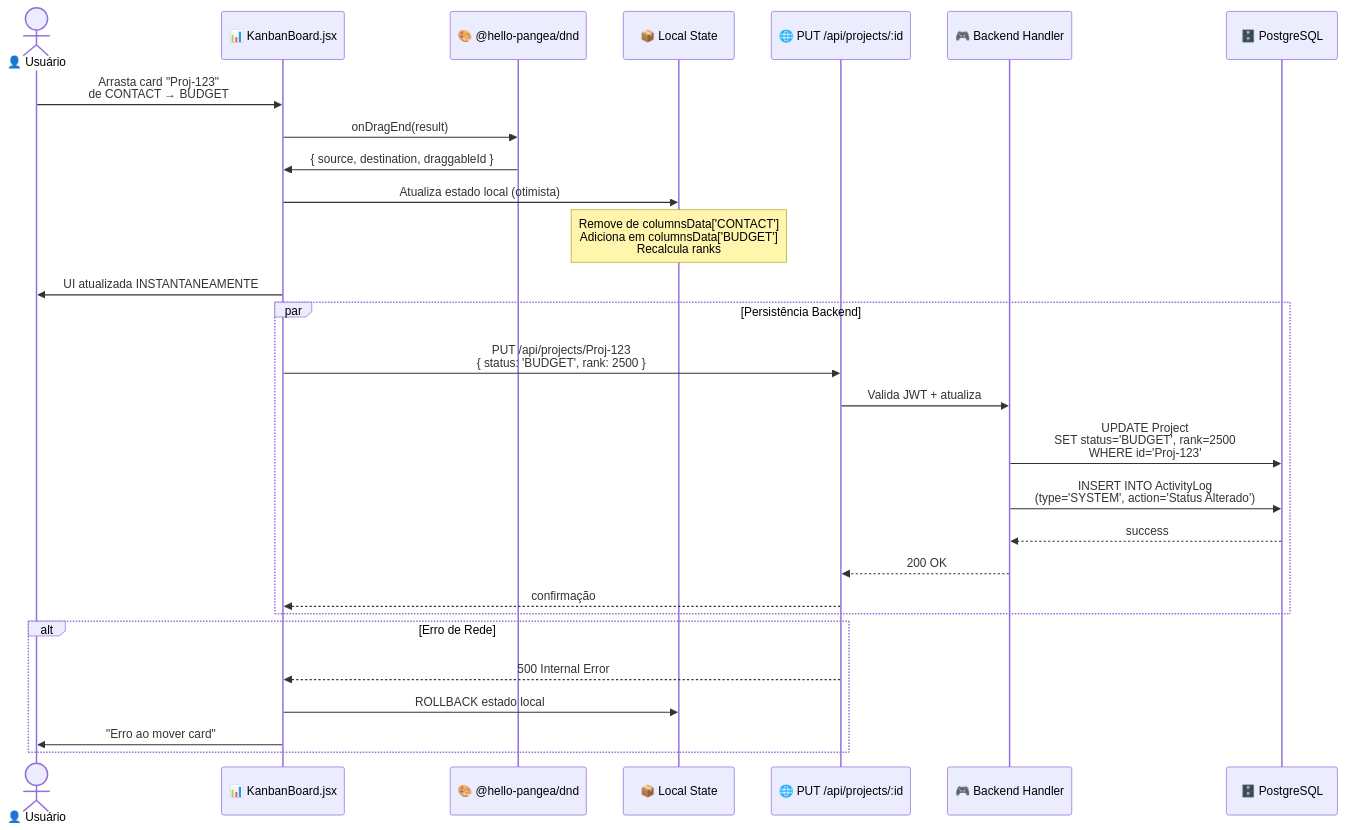
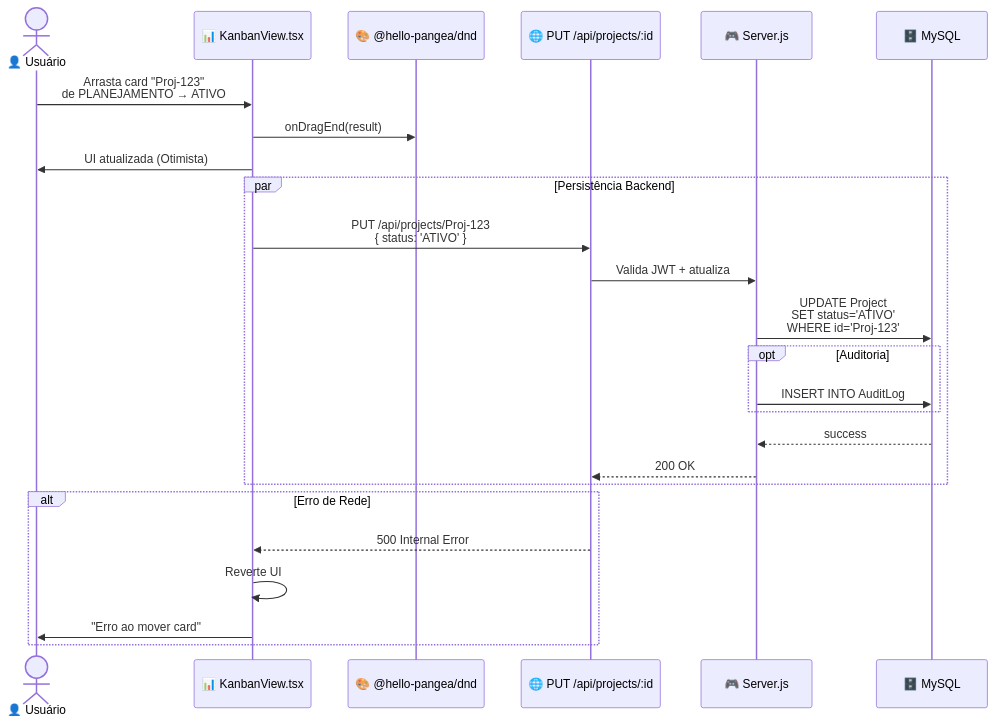
One commit to OEscolh1do/nexus-api changed the third of 5 diagrams in DFD.md. Above: the diagram before and after it, drawn with Mermaid. The commit also changed other lines of this file and 555 other files, not shown here.

````diff
--- a/DFD.md
+++ b/DFD.md
@@ -167,35 +98,33 @@
 ```mermaid
 sequenceDiagram
     actor User as 👤 Usuário
-    participant Kanban as 📊 KanbanBoard.jsx
+    participant Kanban as 📊 KanbanView.tsx
     participant DnD as 🎨 @hello-pangea/dnd
-    participant State as 📦 Local State
     participant API as 🌐 PUT /api/projects/:id
-    participant Backend as 🎮 Backend Handler
-    participant DB as 🗄️ PostgreSQL
+    participant Backend as 🎮 Server.js
+    participant DB as 🗄️ MySQL
 
-    User->>Kanban: Arrasta card "Proj-123"<br/>de CONTACT → BUDGET
+    User->>Kanban: Arrasta card "Proj-123"<br/>de PLANEJAMENTO → ATIVO
     Kanban->>DnD: onDragEnd(result)
-    DnD->>Kanban: { source, destination, draggableId }
 
-    Kanban->>State: Atualiza estado local (otimista)
-    Note over State: Remove de columnsData['CONTACT']<br/>Adiciona em columnsData['BUDGET']<br/>Recalcula ranks
-
-    Kanban->>User: UI atualizada INSTANTANEAMENTE
+    Kanban->>User: UI atualizada (Otimista)
 
     par Persistência Backend
-        Kanban->>API: PUT /api/projects/Proj-123<br/>{ status: 'BUDGET', rank: 2500 }
+        Kanban->>API: PUT /api/projects/Proj-123<br/>{ status: 'ATIVO' }
         API->>Backend: Valida JWT + atualiza
-        Backend->>DB: UPDATE Project<br/>SET status='BUDGET', rank=2500<br/>WHERE id='Proj-123'
-        Backend->>DB: INSERT INTO ActivityLog<br/>(type='SYSTEM', action='Status Alterado')
+        Backend->>DB: UPDATE Project<br/>SET status='ATIVO'<br/>WHERE id='Proj-123'
+
+        opt Auditoria
+           Backend->>DB: INSERT INTO AuditLog
+        end
+
         DB-->>Backend: success
         Backend-->>API: 200 OK
-        API-->>Kanban: confirmação
     end
 
     alt Erro de Rede
         API-->>Kanban: 500 Internal Error
-        Kanban->>State: ROLLBACK estado local
+        Kanban->>Kanban: Reverte UI
         Kanban->>User: "Erro ao mover card"
     end
 ```
````
